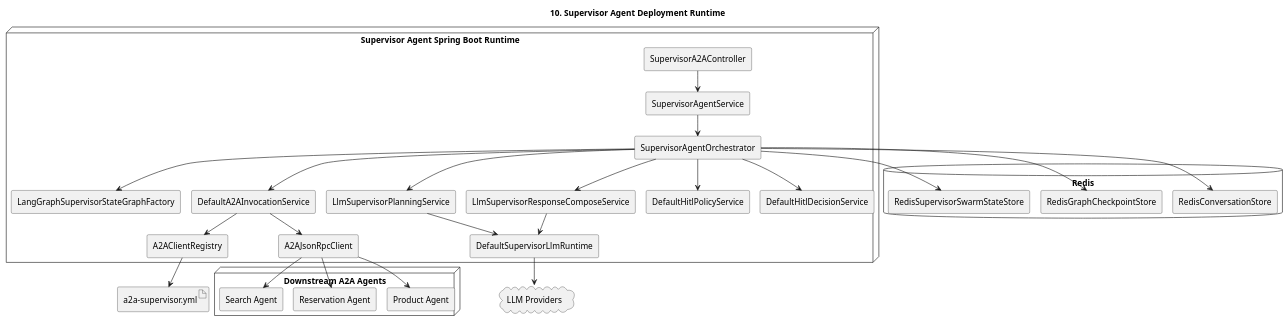
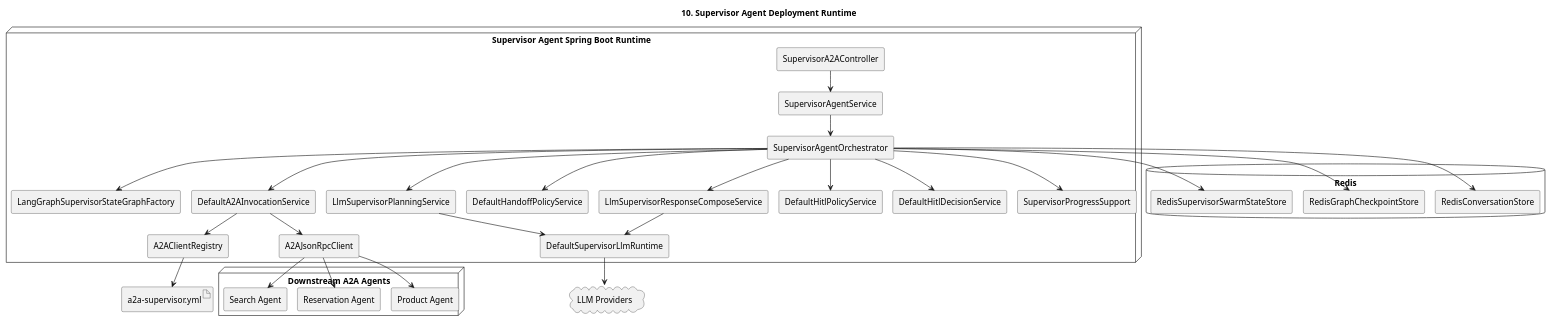
The diagram in documents/a2a-host_agent-architecture/10-deployment-runtime.puml (kim57uak/spring-ai), drawn with PlantUML before and after one commit. The commit also changed 69 other files, not shown here.

```diff
--- a/documents/a2a-host_agent-architecture/10-deployment-runtime.puml
+++ b/documents/a2a-host_agent-architecture/10-deployment-runtime.puml
@@ -1,65 +1,72 @@
 @startuml
 !pragma layout smetana
 title 10. Supervisor Agent Deployment Runtime
 
 skinparam shadowing false
 skinparam componentStyle rectangle
 
 node "Supervisor Agent Spring Boot Runtime" {
   [SupervisorA2AController] as SupervisorA2AController
   [SupervisorAgentService] as SupervisorService
   [SupervisorAgentOrchestrator] as SupervisorOrchestrator
   [LangGraphSupervisorStateGraphFactory] as GraphFactory
   [LlmSupervisorPlanningService] as Planner
   [DefaultA2AInvocationService] as Invoker
+  [DefaultHandoffPolicyService] as HandoffPolicy
   [LlmSupervisorResponseComposeService] as Composer
   [DefaultHitlPolicyService] as HitlPolicy
   [DefaultHitlDecisionService] as HitlDecision
   [A2AClientRegistry] as Registry
   [A2AJsonRpcClient] as A2AClient
+  [SupervisorProgressSupport] as ProgressSupport
   [DefaultSupervisorLlmRuntime] as LlmRuntime
 }
 
 database "Redis" as Redis {
   [RedisConversationStore] as ConversationStore
   [RedisGraphCheckpointStore] as CheckpointStore
   [RedisSupervisorSwarmStateStore] as SwarmStateStore
 }
 
 cloud "LLM Providers" as LlmProviders
 
 node "Downstream A2A Agents" {
   [Product Agent] as ProductAgent
   [Reservation Agent] as ReservationAgent
   [Search Agent] as SearchAgent
 }
 
 artifact "a2a-supervisor.yml" as SupervisorConfig
 
 SupervisorA2AController --> SupervisorService
 SupervisorService --> SupervisorOrchestrator
 SupervisorOrchestrator --> GraphFactory
 SupervisorOrchestrator --> Planner
 SupervisorOrchestrator --> Invoker
+SupervisorOrchestrator --> HandoffPolicy
 SupervisorOrchestrator --> Composer
 SupervisorOrchestrator --> HitlPolicy
 SupervisorOrchestrator --> HitlDecision
 SupervisorOrchestrator --> ConversationStore
 SupervisorOrchestrator --> CheckpointStore
 SupervisorOrchestrator --> SwarmStateStore
+SupervisorOrchestrator --> ProgressSupport
 Planner --> LlmRuntime
 Composer --> LlmRuntime
 LlmRuntime --> LlmProviders
 Invoker --> Registry
 Registry --> SupervisorConfig
 Invoker --> A2AClient
 A2AClient --> ProductAgent
 A2AClient --> ReservationAgent
 A2AClient --> SearchAgent
 
+' 2026-04-13 sync with doc 34
+' - deploy handoff policy service as dedicated runtime component
+' - use SupervisorProgressSupport for unified trace/progress formatting
 ' 2026-04-12 sync with docs 30/31
 ' - Scope: HITL decision limited to APPROVE/CANCEL in current phase
 ' - Data mutation requests (create/update/delete) require mandatory HITL
 ' - A2A compatibility mode keeps both legacy and v1.0 methods
 ' - User profile input collection is deferred to next phase
 @enduml
```
